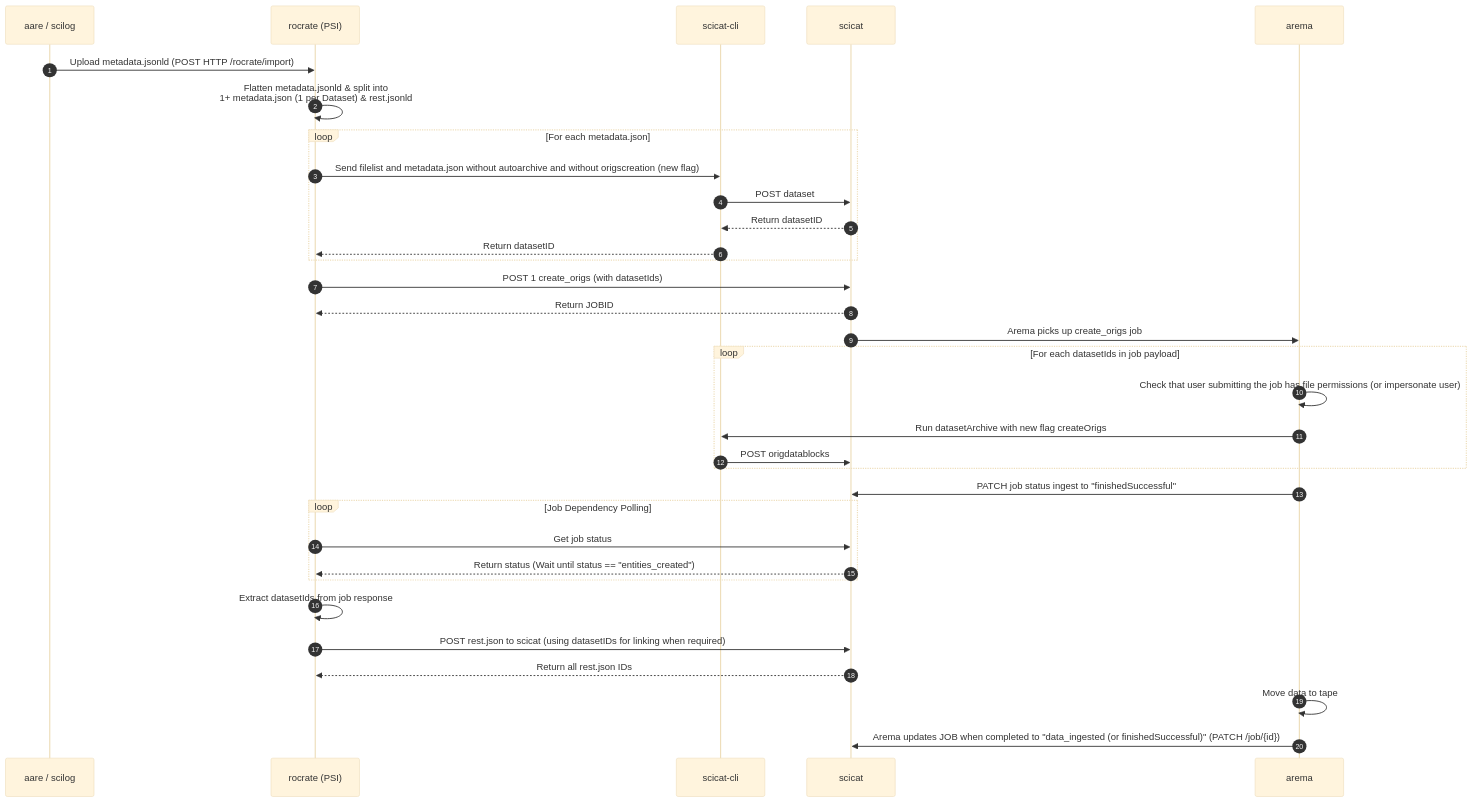
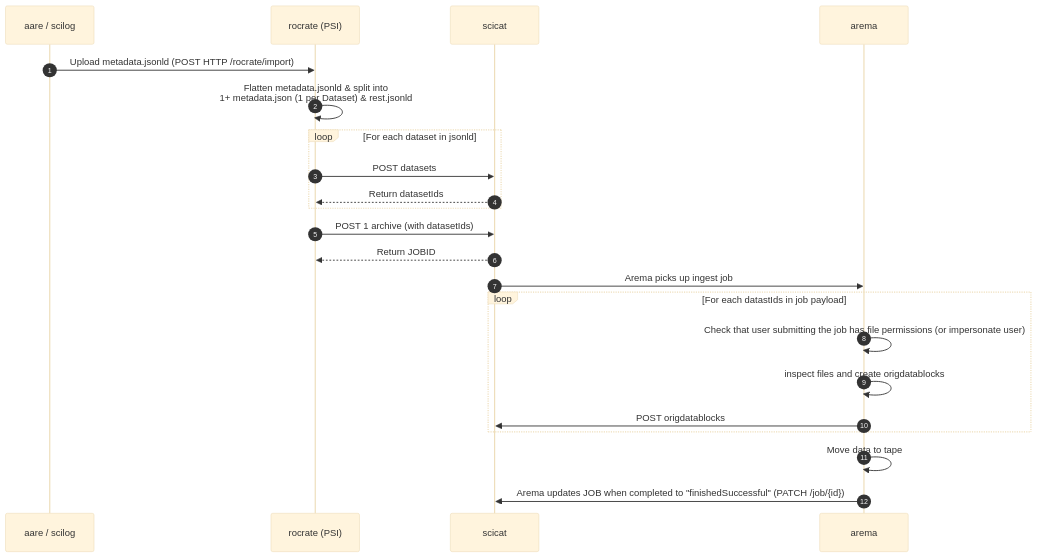
One commit to paulscherrerinstitute/scicat-rocrate changed the diagram in docs/architectures/scilog_aare-scicat.md. Above: the diagram before and after it, drawn with Mermaid (base theme).

Commit message:
Simplify diagram removing the polling

````diff
--- a/docs/architectures/scilog_aare-scicat.md
+++ b/docs/architectures/scilog_aare-scicat.md
@@ -3,44 +3,35 @@
 ```mermaid
 sequenceDiagram
     autonumber
     participant scilog as aare / scilog
     participant rocrate as rocrate (PSI)
-    participant scicat-cli
     participant scicat
     participant arema
 
     scilog->>rocrate: Upload metadata.jsonld (POST HTTP /rocrate/import)
     rocrate->>rocrate: Flatten metadata.jsonld & split into<br/>1+ metadata.json (1 per Dataset) & rest.jsonld
 
-    loop For each metadata.json
-        rocrate->>scicat-cli: Send filelist and metadata.json without autoarchive and without origscreation (new flag)
-        scicat-cli->>scicat: POST dataset
-        scicat-->>scicat-cli: Return datasetID
-        scicat-cli-->>rocrate: Return datasetID
+    loop For each dataset in jsonld
+        rocrate->>scicat: POST datasets
+        scicat-->>rocrate: Return datasetIds
+    end
+    rocrate->>scicat: POST 1 archive (with datasetIds)
+    scicat-->>rocrate: Return JOBID
+
+    scicat->>arema: Arema picks up ingest job
+
+
+    loop For each datastIds in job payload
+        arema->>arema: Check that user submitting the job has file permissions (or impersonate user)
+        arema->>arema: inspect files and create origdatablocks
+        arema->>scicat: POST origdatablocks
+    %%     arema->>scicat-cli: Trigger ingest with filelist and metadata.json
+    %%     scicat-cli->>scicat-cli: Inspect files in NFS and compute file size
+    %%     scicat-cli->>scicat: POST dataset and origdatablocks
+    %%     scicat-->>scicat-cli: Return datasetID
+    %%     scicat-cli-->>arema: Return datasetID
     end
 
-    rocrate->>scicat: POST 1 create_origs (with datasetIds)
-    scicat-->>rocrate: Return JOBID
-
-    scicat->>arema: Arema picks up create_origs job
-
-    loop For each datasetIds in job payload
-        arema->>arema: Check that user submitting the job has file permissions (or impersonate user)
-        arema->>scicat-cli: Run datasetArchive with new flag createOrigs
-        scicat-cli->>scicat: POST origdatablocks
-    end
-    arema->>scicat: PATCH job status ingest to "finishedSuccessful"
-
-    loop Job Dependency Polling
-        rocrate->>scicat: Get job status
-        scicat-->>rocrate: Return status (Wait until status == "entities_created")
-    end
-
-    rocrate->>rocrate: Extract datasetIds from job response
-
-    rocrate->>scicat: POST rest.json to scicat (using datasetIDs for linking when required)
-    scicat-->>rocrate: Return all rest.json IDs
-
     arema->>arema: Move data to tape
-    arema->>scicat: Arema updates JOB when completed to "data_ingested (or finishedSuccessful)" (PATCH /job/{id})
+    arema->>scicat: Arema updates JOB when completed to "finishedSuccessful" (PATCH /job/{id})
 ```
````
